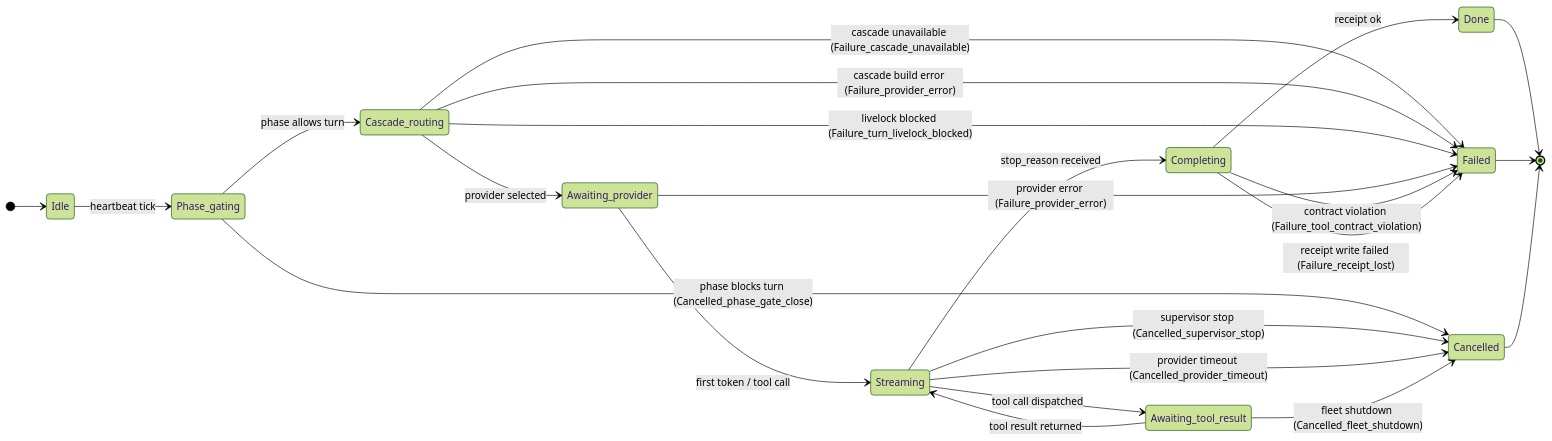
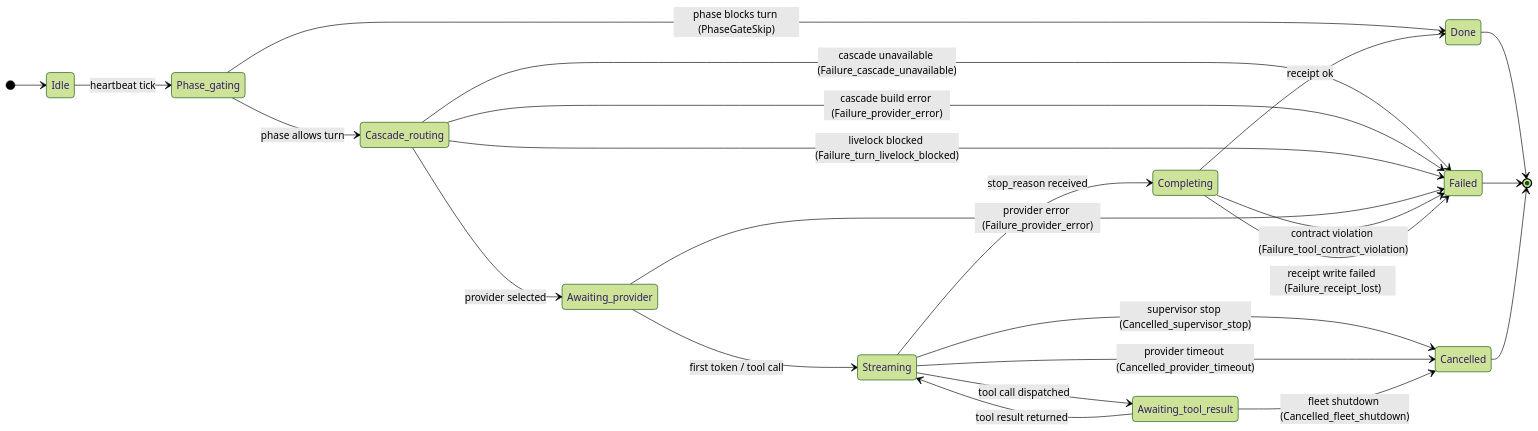
One commit to jeong-sik/masc changed the second of 2 diagrams in docs/keeper-turn-lifecycle.md. Above: the diagram before and after it, drawn with Mermaid (forest theme). The commit also changed other lines of this file and 4 other files, not shown here.

Commit message:
fix(keeper): align phase gate skip contract

````diff
--- a/docs/keeper-turn-lifecycle.md
+++ b/docs/keeper-turn-lifecycle.md
@@ -56,26 +56,26 @@
 ```mermaid
 stateDiagram-v2
     direction LR
     [*] --> Idle
     Idle --> Phase_gating: heartbeat tick
-    Phase_gating --> Cancelled: phase blocks turn (Cancelled_phase_gate_close)
+    Phase_gating --> Done: phase blocks turn (PhaseGateSkip)
     Phase_gating --> Cascade_routing: phase allows turn
     Cascade_routing --> Failed: cascade unavailable (Failure_cascade_unavailable)
     Cascade_routing --> Failed: cascade build error (Failure_provider_error)
     Cascade_routing --> Failed: livelock blocked (Failure_turn_livelock_blocked)
     Cascade_routing --> Awaiting_provider: provider selected
     Awaiting_provider --> Streaming: first token / tool call
     Awaiting_provider --> Failed: provider error (Failure_provider_error)
     Streaming --> Awaiting_tool_result: tool call dispatched
     Awaiting_tool_result --> Streaming: tool result returned
     Streaming --> Completing: stop_reason received
     Completing --> Done: receipt ok
     Completing --> Failed: contract violation (Failure_tool_contract_violation)
     Completing --> Failed: receipt write failed (Failure_receipt_lost)
     Streaming --> Cancelled: supervisor stop (Cancelled_supervisor_stop)
     Streaming --> Cancelled: provider timeout (Cancelled_provider_timeout)
     Awaiting_tool_result --> Cancelled: fleet shutdown (Cancelled_fleet_shutdown)
     Done --> [*]
     Failed --> [*]
     Cancelled --> [*]
 ```
````
